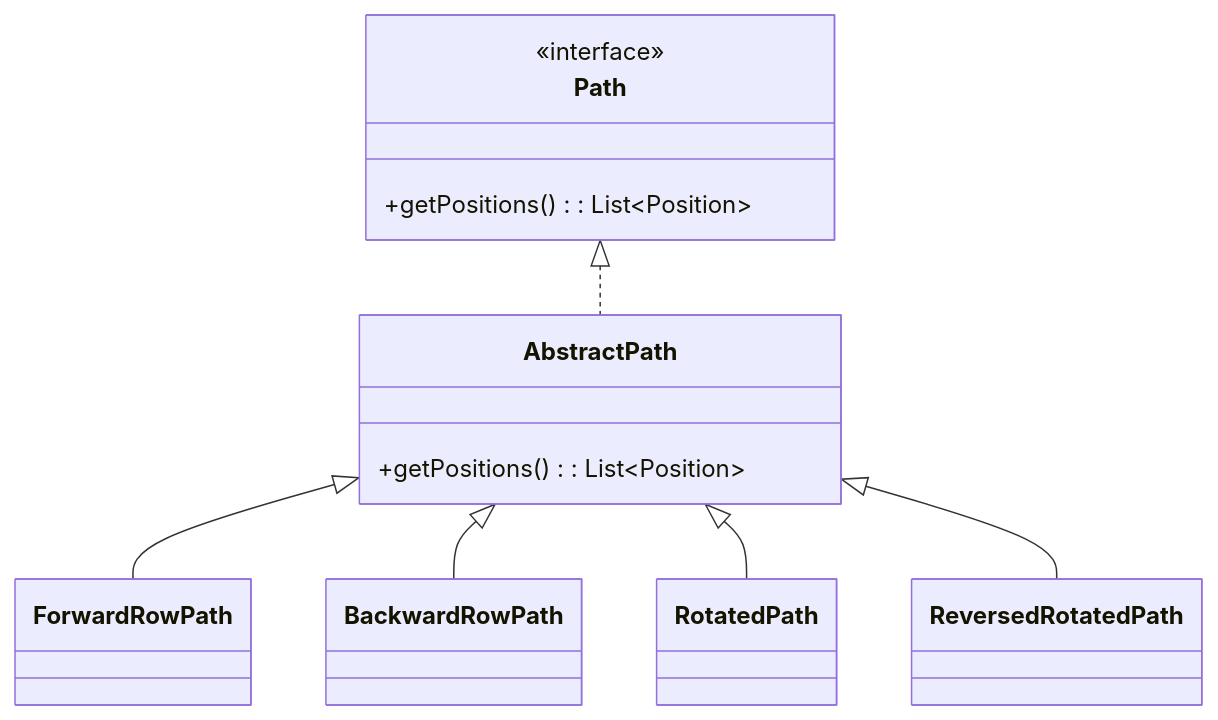
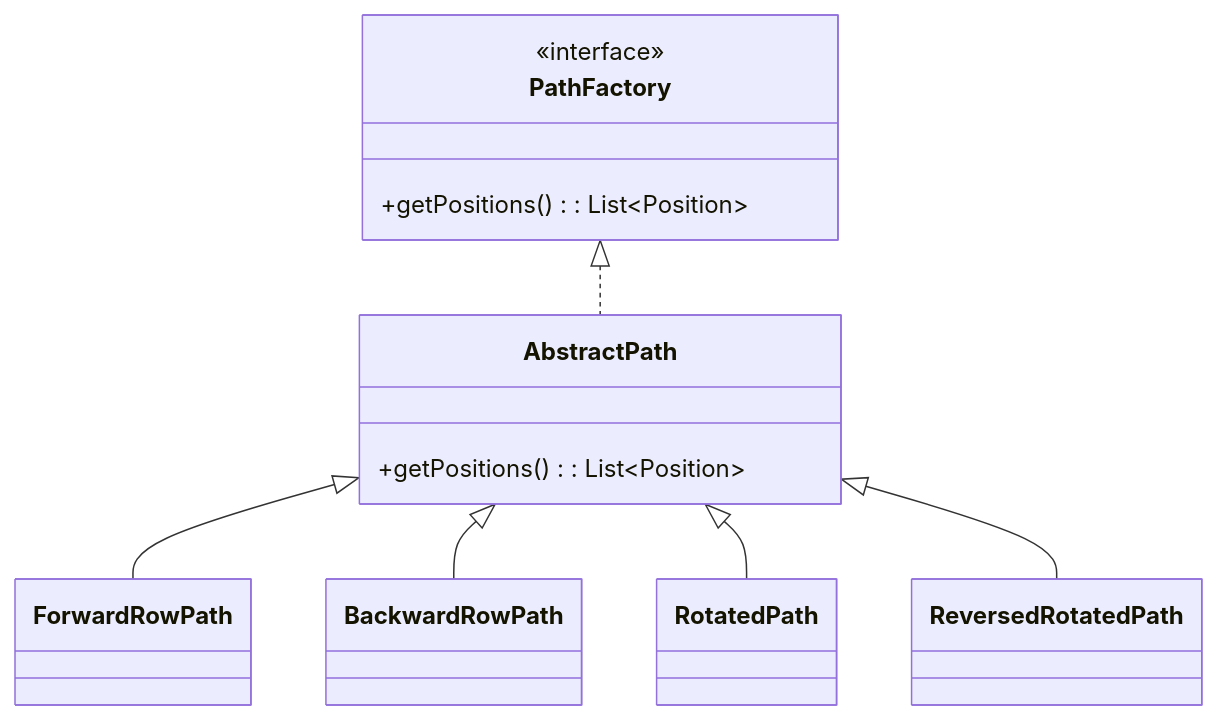
Before and after one commit to SirRmelTheThird/HyperJump: the fourth of 12 diagrams in README.md, drawn with Mermaid. The commit also changed other lines of this file, not shown here.

````diff
--- a/README.md
+++ b/README.md
@@ -101,22 +200,22 @@
 ```mermaid
 classDiagram
     AbstractPath <|-- ForwardRowPath
     AbstractPath <|-- BackwardRowPath
     AbstractPath <|-- RotatedPath
     AbstractPath <|-- ReversedRotatedPath
-    Path <|.. AbstractPath
+    PathFactory <|.. AbstractPath
 
-    class Path {
+    class PathFactory {
         <<interface>>
         +getPositions(): List~Position~
     }
 
     class AbstractPath {
         +getPositions(): List~Position~
     }
 
     class ForwardRowPath
     class BackwardRowPath
     class RotatedPath
     class ReversedRotatedPath
 ```
````
